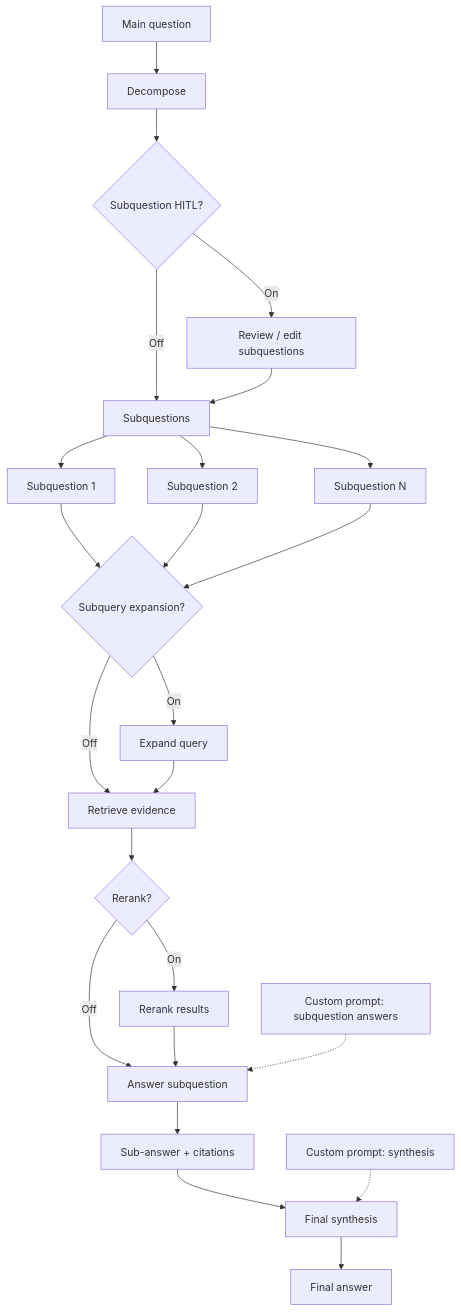
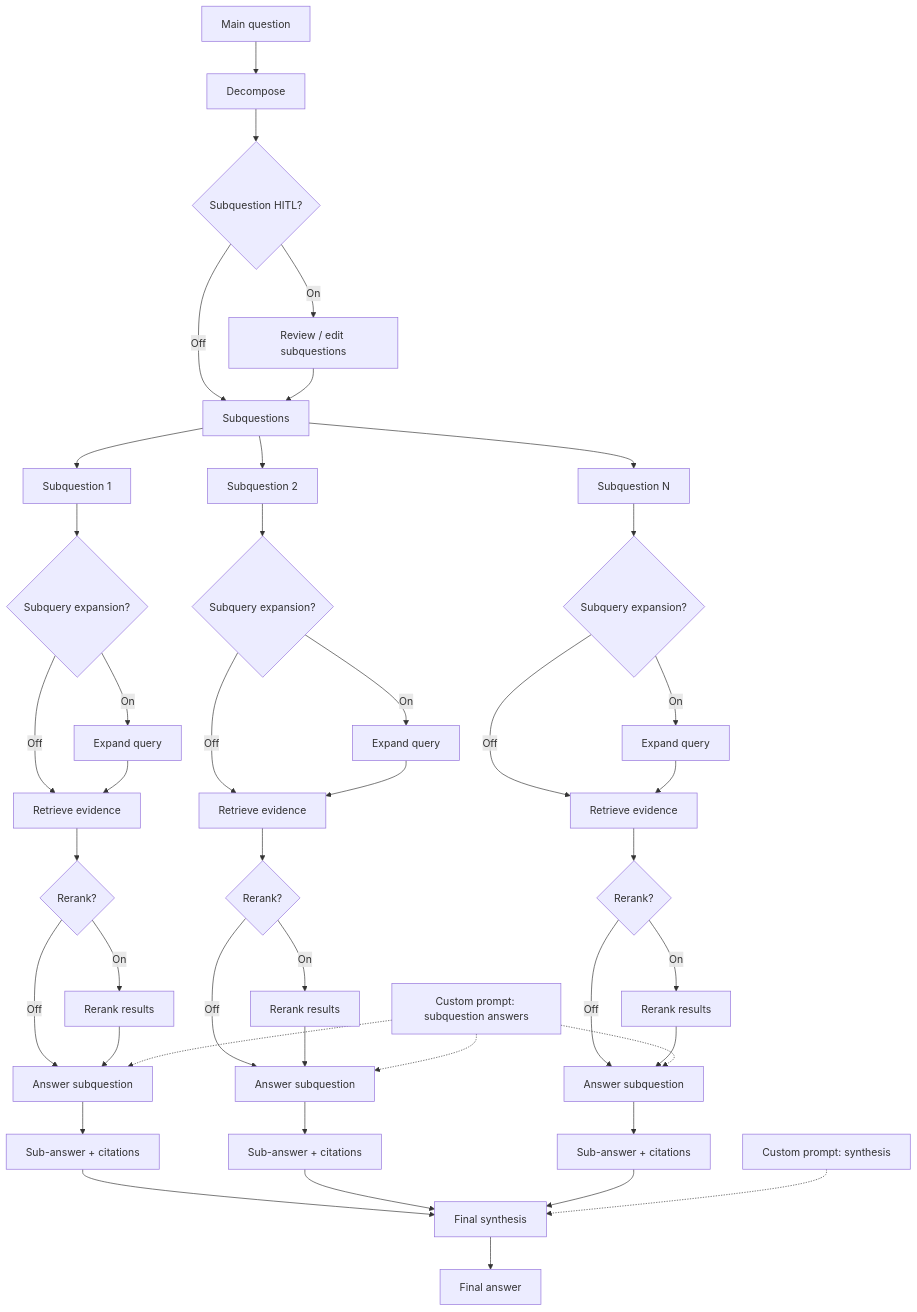
One commit to Nickbohm555/agent-search changed the diagram in README.md. Above: the diagram before and after it, drawn with Mermaid.

Commit message:
Restore README fanout flow

````diff
--- a/README.md
+++ b/README.md
@@ -19,30 +19,51 @@
 ```mermaid
 flowchart TD
     Q["Main question"] --> D["Decompose"]
     D --> HITL{"Subquestion HITL?"}
     HITL -->|On| REV["Review / edit subquestions"]
     HITL -->|Off| SQ["Subquestions"]
     REV --> SQ
 
     SQ --> S1["Subquestion 1"]
     SQ --> S2["Subquestion 2"]
     SQ --> S3["Subquestion N"]
 
-    S1 --> QE{"Subquery expansion?"}
-    S2 --> QE
-    S3 --> QE
-    QE -->|On| EXP["Expand query"]
-    QE -->|Off| RET["Retrieve evidence"]
-    EXP --> RET
+    S1 --> QE1{"Subquery expansion?"}
+    QE1 -->|On| EXP1["Expand query"]
+    QE1 -->|Off| RET1["Retrieve evidence"]
+    EXP1 --> RET1
+    RET1 --> RR1{"Rerank?"}
+    RR1 -->|On| RERANK1["Rerank results"]
+    RR1 -->|Off| ANS1["Answer subquestion"]
+    RERANK1 --> ANS1
+    CP1["Custom prompt: subquestion answers"] -.-> ANS1
+    ANS1 --> SA1["Sub-answer + citations"]
 
-    RET --> RR{"Rerank?"}
-    RR -->|On| RERANK["Rerank results"]
-    RR -->|Off| ANS["Answer subquestion"]
-    RERANK --> ANS
-    CP1["Custom prompt: subquestion answers"] -.-> ANS
-    ANS --> SA["Sub-answer + citations"]
+    S2 --> QE2{"Subquery expansion?"}
+    QE2 -->|On| EXP2["Expand query"]
+    QE2 -->|Off| RET2["Retrieve evidence"]
+    EXP2 --> RET2
+    RET2 --> RR2{"Rerank?"}
+    RR2 -->|On| RERANK2["Rerank results"]
+    RR2 -->|Off| ANS2["Answer subquestion"]
+    RERANK2 --> ANS2
+    CP1 -.-> ANS2
+    ANS2 --> SA2["Sub-answer + citations"]
 
-    SA --> SYN["Final synthesis"]
+    S3 --> QE3{"Subquery expansion?"}
+    QE3 -->|On| EXP3["Expand query"]
+    QE3 -->|Off| RET3["Retrieve evidence"]
+    EXP3 --> RET3
+    RET3 --> RR3{"Rerank?"}
+    RR3 -->|On| RERANK3["Rerank results"]
+    RR3 -->|Off| ANS3["Answer subquestion"]
+    RERANK3 --> ANS3
+    CP1 -.-> ANS3
+    ANS3 --> SA3["Sub-answer + citations"]
+
+    SA1 --> SYN["Final synthesis"]
+    SA2 --> SYN
+    SA3 --> SYN
     CP2["Custom prompt: synthesis"] -.-> SYN
     SYN --> OUT["Final answer"]
 ```
````
